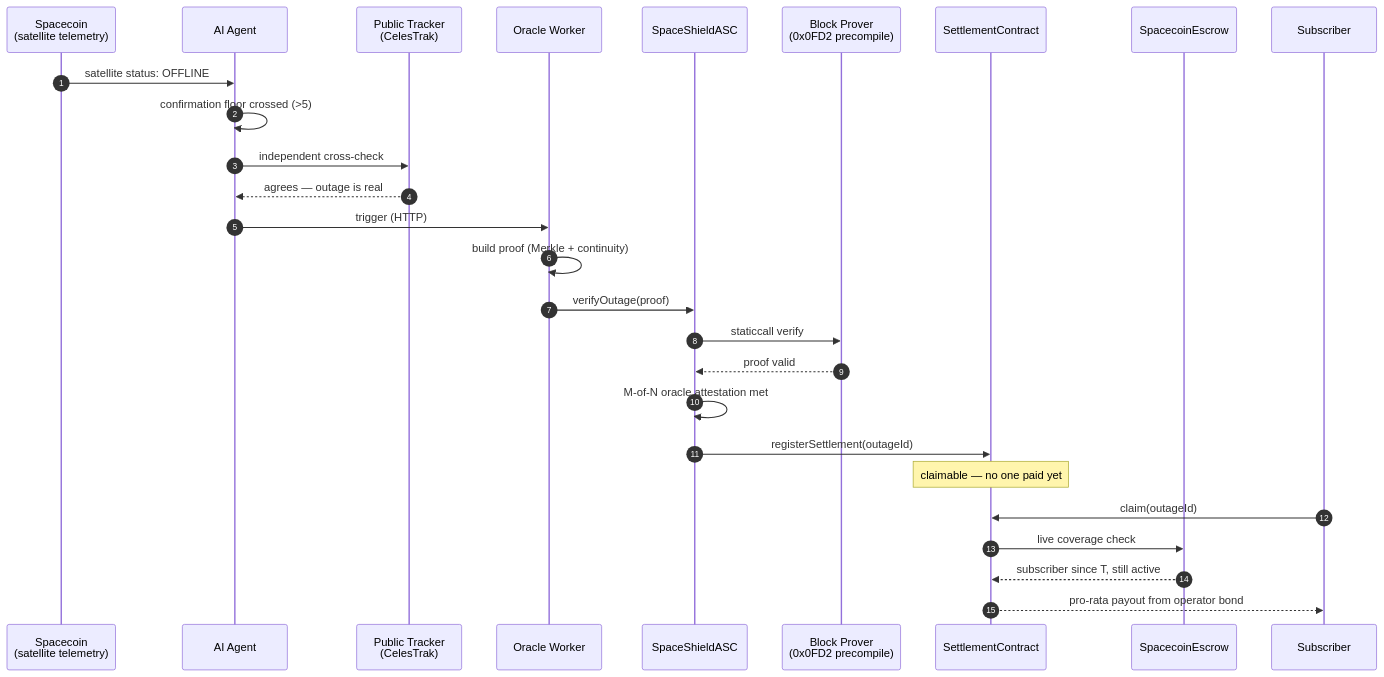
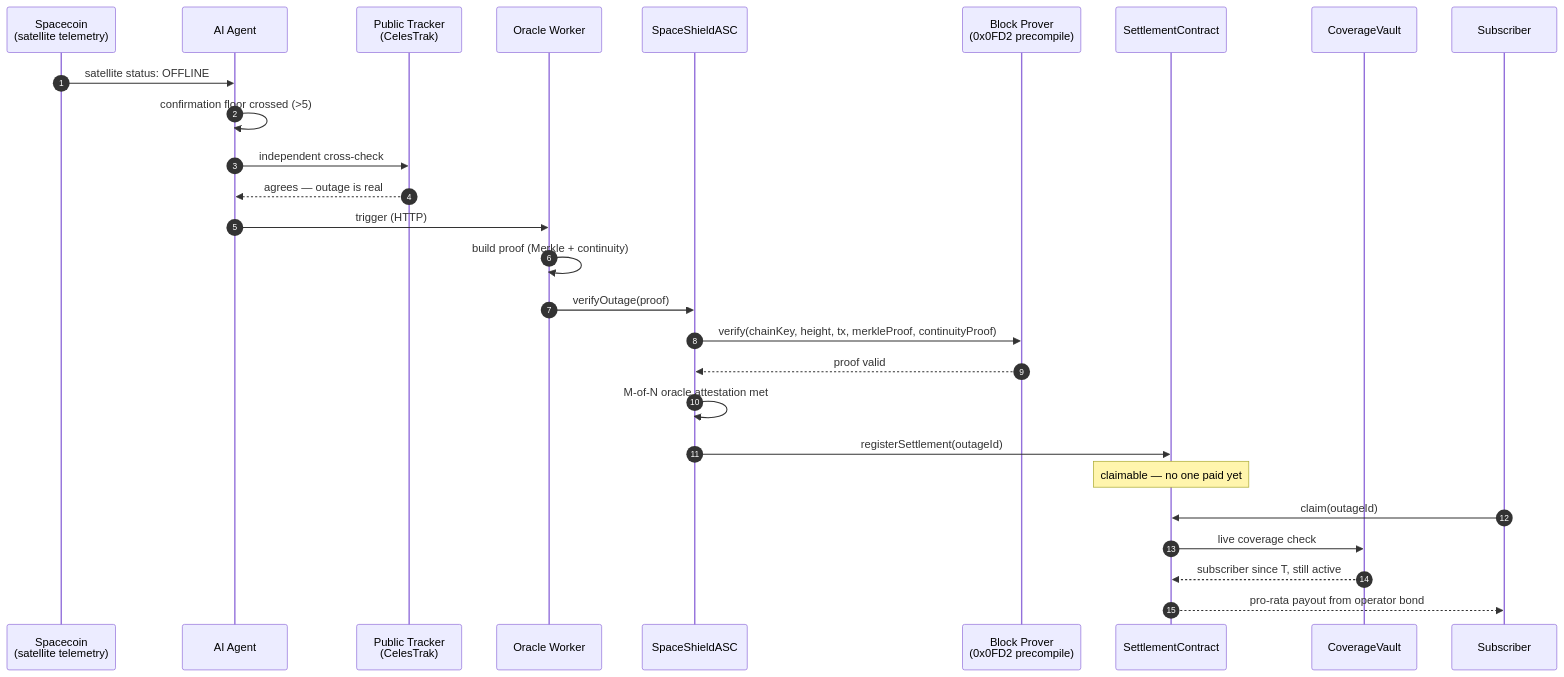
Before and after one commit to midexol/SpaceShield: the first of 2 diagrams in README.md, drawn with Mermaid. The commit also changed other lines of this file and 38 other files, not shown here.

````diff
--- a/README.md
+++ b/README.md
@@ -44,30 +44,30 @@
 ```mermaid
 sequenceDiagram
     autonumber
     participant SC as Spacecoin<br/>(satellite telemetry)
     participant AI as AI Agent
     participant PT as Public Tracker<br/>(CelesTrak)
     participant OW as Oracle Worker
     participant ASC as SpaceShieldASC
     participant BP as Block Prover<br/>(0x0FD2 precompile)
     participant ST as SettlementContract
-    participant ES as SpacecoinEscrow
+    participant CV as CoverageVault
     participant U as Subscriber
 
     SC->>AI: satellite status: OFFLINE
     AI->>AI: confirmation floor crossed (>5)
     AI->>PT: independent cross-check
     PT-->>AI: agrees — outage is real
     AI->>OW: trigger (HTTP)
     OW->>OW: build proof (Merkle + continuity)
     OW->>ASC: verifyOutage(proof)
-    ASC->>BP: staticcall verify
+    ASC->>BP: verify(chainKey, height, tx, merkleProof, continuityProof)
     BP-->>ASC: proof valid
     ASC->>ASC: M-of-N oracle attestation met
     ASC->>ST: registerSettlement(outageId)
     Note over ST: claimable — no one paid yet
     U->>ST: claim(outageId)
-    ST->>ES: live coverage check
-    ES-->>ST: subscriber since T, still active
+    ST->>CV: live coverage check
+    CV-->>ST: subscriber since T, still active
     ST-->>U: pro-rata payout from operator bond
 ```
````
